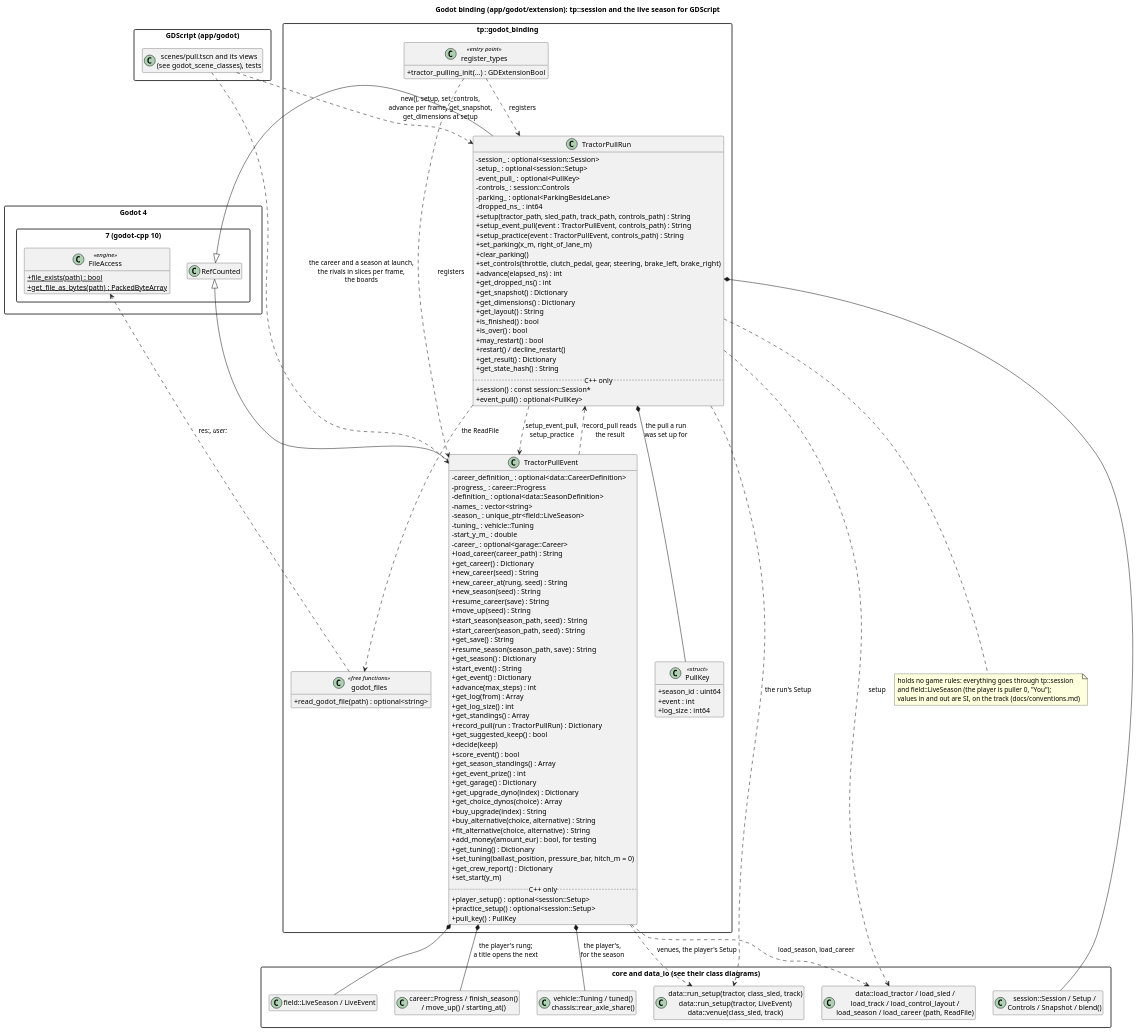
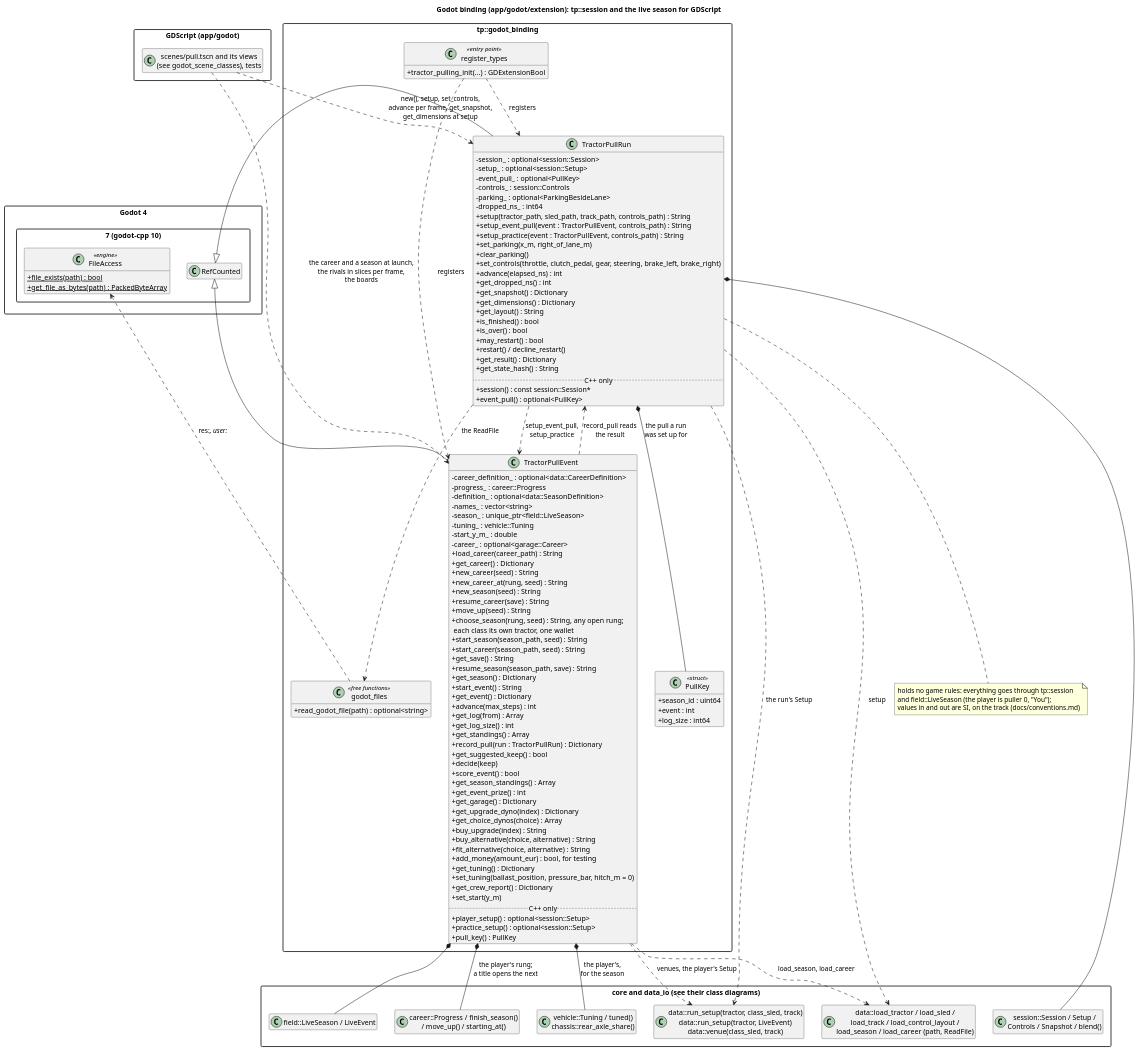
One commit to wversteeg/TractorPulling changed the diagram in docs/diagrams/godot_classes.puml. Above: the diagram before and after it, drawn with PlantUML. The commit also changed 20 other files, not shown here.

First line of the commit message:
A career screen: pick the class and level of each new season

```diff
--- a/docs/diagrams/godot_classes.puml
+++ b/docs/diagrams/godot_classes.puml
@@ -1,143 +1,144 @@
 @startuml godot_classes
 title Godot binding (app/godot/extension): tp::session and the live season for GDScript
 hide empty members
 skinparam packageStyle rectangle
 skinparam classAttributeIconSize 0
 
 package "Godot 4.7 (godot-cpp 10)" {
   class RefCounted
   class FileAccess <<engine>> {
     +{static} file_exists(path) : bool
     +{static} get_file_as_bytes(path) : PackedByteArray
   }
 }
 
 package "tp::godot_binding" {
   class TractorPullRun {
     -session_ : optional<session::Session>
     -setup_ : optional<session::Setup>
     -event_pull_ : optional<PullKey>
     -controls_ : session::Controls
     -parking_ : optional<ParkingBesideLane>
     -dropped_ns_ : int64
     +setup(tractor_path, sled_path, track_path, controls_path) : String
     +setup_event_pull(event : TractorPullEvent, controls_path) : String
     +setup_practice(event : TractorPullEvent, controls_path) : String
     +set_parking(x_m, right_of_lane_m)
     +clear_parking()
     +set_controls(throttle, clutch_pedal, gear, steering, brake_left, brake_right)
     +advance(elapsed_ns) : int
     +get_dropped_ns() : int
     +get_snapshot() : Dictionary
     +get_dimensions() : Dictionary
     +get_layout() : String
     +is_finished() : bool
     +is_over() : bool
     +may_restart() : bool
     +restart() / decline_restart()
     +get_result() : Dictionary
     +get_state_hash() : String
     ..C++ only..
     +session() : const session::Session*
     +event_pull() : optional<PullKey>
   }
   class TractorPullEvent {
     -career_definition_ : optional<data::CareerDefinition>
     -progress_ : career::Progress
     -definition_ : optional<data::SeasonDefinition>
     -names_ : vector<string>
     -season_ : unique_ptr<field::LiveSeason>
     -tuning_ : vehicle::Tuning
     -start_y_m_ : double
     -career_ : optional<garage::Career>
     +load_career(career_path) : String
     +get_career() : Dictionary
     +new_career(seed) : String
     +new_career_at(rung, seed) : String
     +new_season(seed) : String
     +resume_career(save) : String
     +move_up(seed) : String
+    +choose_season(rung, seed) : String, any open rung;\n each class its own tractor, one wallet
     +start_season(season_path, seed) : String
     +start_career(season_path, seed) : String
     +get_save() : String
     +resume_season(season_path, save) : String
     +get_season() : Dictionary
     +start_event() : String
     +get_event() : Dictionary
     +advance(max_steps) : int
     +get_log(from) : Array
     +get_log_size() : int
     +get_standings() : Array
     +record_pull(run : TractorPullRun) : Dictionary
     +get_suggested_keep() : bool
     +decide(keep)
     +score_event() : bool
     +get_season_standings() : Array
     +get_event_prize() : int
     +get_garage() : Dictionary
     +get_upgrade_dyno(index) : Dictionary
     +get_choice_dynos(choice) : Array
     +buy_upgrade(index) : String
     +buy_alternative(choice, alternative) : String
     +fit_alternative(choice, alternative) : String
     +add_money(amount_eur) : bool, for testing
     +get_tuning() : Dictionary
     +set_tuning(ballast_position, pressure_bar, hitch_m = 0)
     +get_crew_report() : Dictionary
     +set_start(y_m)
     ..C++ only..
     +player_setup() : optional<session::Setup>
     +practice_setup() : optional<session::Setup>
     +pull_key() : PullKey
   }
   class PullKey <<struct>> {
     +season_id : uint64
     +event : int
     +log_size : int64
   }
   TractorPullRun *-- PullKey : the pull a run\nwas set up for
   class "godot_files" as Files <<free functions>> {
     +read_godot_file(path) : optional<string>
   }
   class "register_types" as Register <<entry point>> {
     +tractor_pulling_init(...) : GDExtensionBool
   }
 }
 
 package "core and data_io (see their class diagrams)" {
   class "session::Session / Setup /\nControls / Snapshot / blend()" as Session
   class "data::load_tractor / load_sled /\nload_track / load_control_layout /\nload_season / load_career (path, ReadFile)" as Loaders
   class "data::run_setup(tractor, class_sled, track)\ndata::run_setup(tractor, LiveEvent)\ndata::venue(class_sled, track)" as RunSetup
   class "field::LiveSeason / LiveEvent" as Live
   class "career::Progress / finish_season()\n/ move_up() / starting_at()" as Career
   class "vehicle::Tuning / tuned()\nchassis::rear_axle_share()" as Tuning
 }
 
 package "GDScript (app/godot)" {
   class "scenes/pull.tscn and its views\n(see godot_scene_classes), tests" as Scripts
 }
 
 RefCounted <|-- TractorPullRun
 RefCounted <|-- TractorPullEvent
 Register ..> TractorPullRun : registers
 Register ..> TractorPullEvent : registers
 TractorPullEvent *-- Live
 TractorPullEvent *-- Tuning : the player's,\nfor the season
 TractorPullEvent ..> Loaders : load_season, load_career
 TractorPullEvent *-- Career : the player's rung;\na title opens the next
 TractorPullEvent ..> RunSetup : venues, the player's Setup
 TractorPullRun ..> TractorPullEvent : setup_event_pull,\nsetup_practice
 TractorPullEvent ..> TractorPullRun : record_pull reads\nthe result
 TractorPullRun *-- Session
 TractorPullRun ..> Loaders : setup
 TractorPullRun ..> RunSetup : the run's Setup
 TractorPullRun ..> Files : the ReadFile
 Files ..> FileAccess : res://, user://
 Scripts ..> TractorPullRun : new(), setup, set_controls,\nadvance per frame, get_snapshot,\nget_dimensions at setup
 Scripts ..> TractorPullEvent : the career and a season at launch,\nthe rivals in slices per frame,\nthe boards
 note bottom of TractorPullRun
   holds no game rules: everything goes through tp::session
   and field::LiveSeason (the player is puller 0, "You");
   values in and out are SI, on the track (docs/conventions.md)
 end note
 @enduml
```
